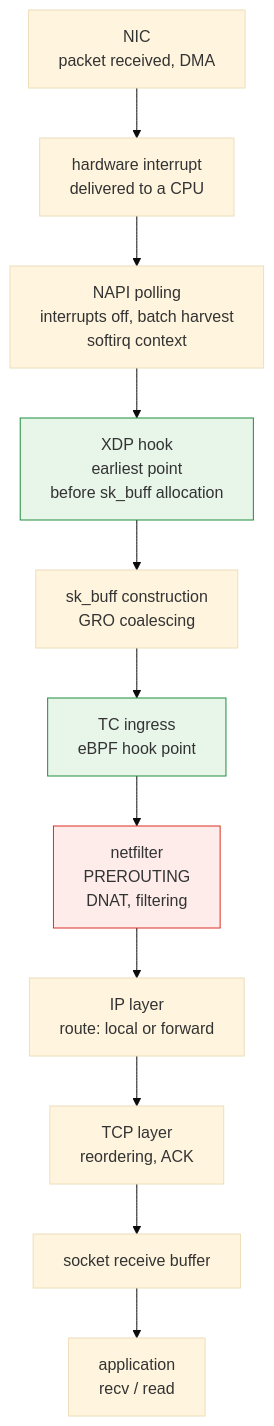
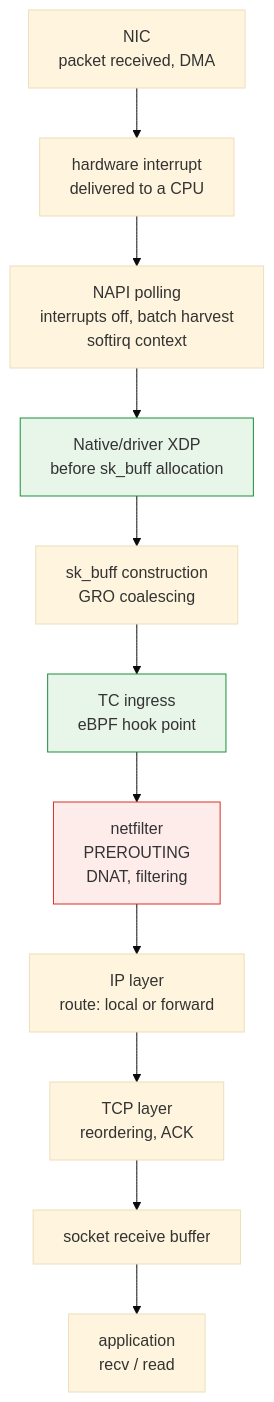
The second of 2 diagrams in en/kernel/02-network-stack.md (Atom-oh/kubernetes-docs), drawn with Mermaid (base theme) before and after one commit. The commit also changed other lines of this file and 62 other files, not shown here.

````diff
--- a/en/kernel/02-network-stack.md
+++ b/en/kernel/02-network-stack.md
@@ -137,17 +137,17 @@
 ```mermaid
 graph TB
     NIC2["NIC<br/>packet received, DMA"] --> IRQ["hardware interrupt<br/>delivered to a CPU"]
     IRQ --> NAPI["NAPI polling<br/>interrupts off, batch harvest<br/>softirq context"]
-    NAPI --> XDPH["XDP hook<br/>earliest point<br/>before sk_buff allocation"]
+    NAPI --> XDPH["Native/driver XDP<br/>before sk_buff allocation"]
     XDPH --> SKB["sk_buff construction<br/>GRO coalescing"]
     SKB --> TCI["TC ingress<br/>eBPF hook point"]
     TCI --> NFP["netfilter<br/>PREROUTING<br/>DNAT, filtering"]
     NFP --> L3R["IP layer<br/>route: local or forward"]
     L3R --> L4R["TCP layer<br/>reordering, ACK"]
     L4R --> SKR["socket receive buffer"]
     SKR --> APP2["application<br/>recv / read"]
 
     style XDPH fill:#e8f5e9,stroke:#1e8e3e
     style TCI fill:#e8f5e9,stroke:#1e8e3e
     style NFP fill:#fdecea,stroke:#d93025
 ```
````
